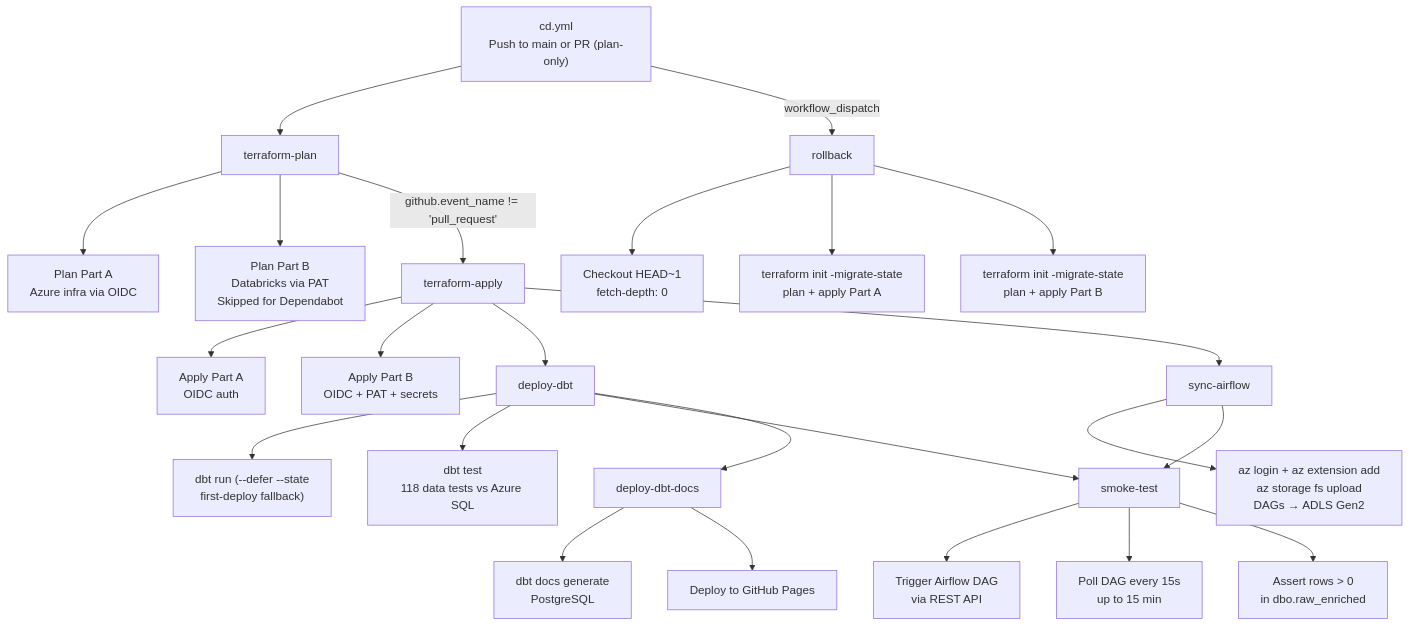
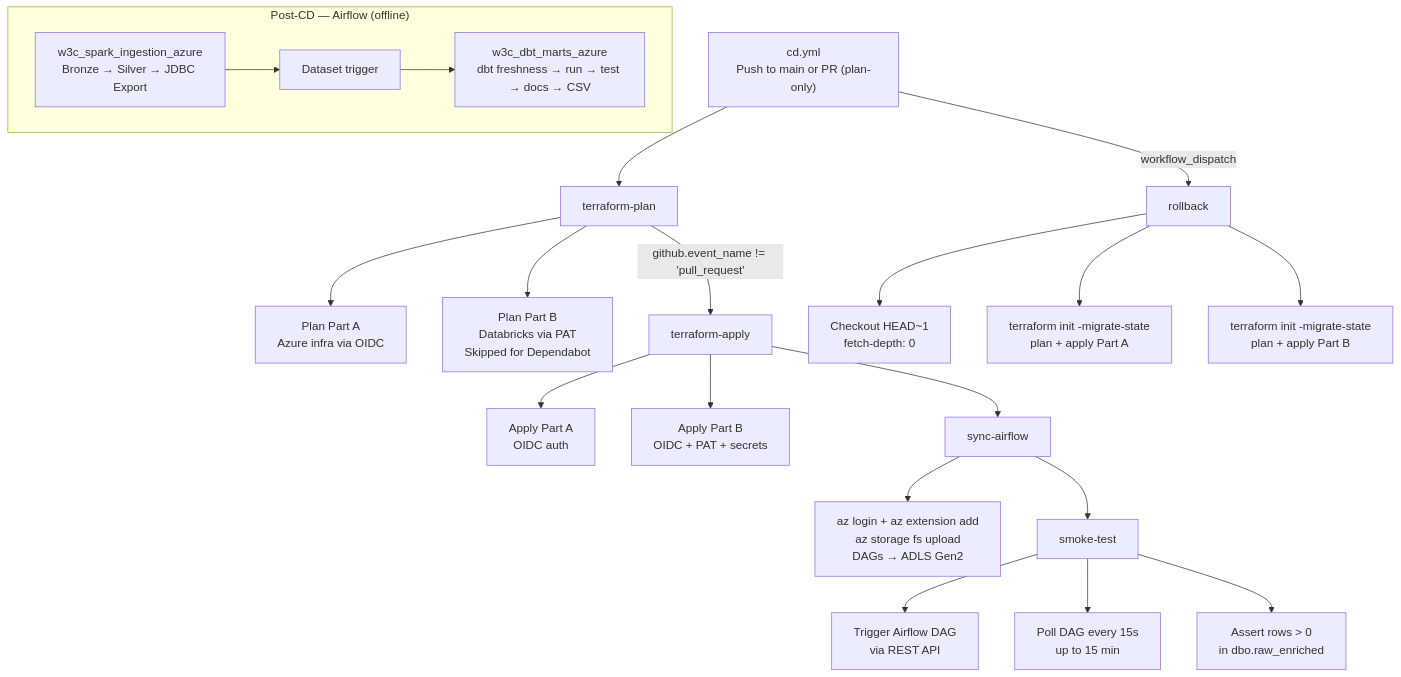
The second of 3 diagrams in plans/ci-cd-reference.md (AhmedIkram05/w3c-etl-pipeline), drawn with Mermaid before and after one commit. The commit also changed other lines of this file and 1 other file, not shown here.

Commit message:
Fix fact_webrequest incremental: add is_incremental() filter to prevent MERGE stall on re-run

````diff
--- a/plans/ci-cd-reference.md
+++ b/plans/ci-cd-reference.md
@@ -180,32 +180,32 @@
 ```mermaid
 flowchart TD
     cd["cd.yml<br/>Push to main or PR (plan-only)"]
     cd --> tplan["terraform-plan"]
     tplan --> pa["Plan Part A<br/>Azure infra via OIDC"]
     tplan --> pb["Plan Part B<br/>Databricks via PAT<br/>Skipped for Dependabot"]
 
     tplan -->|"github.event_name != 'pull_request'"| tapply["terraform-apply"]
     tapply --> aa["Apply Part A<br/>OIDC auth"]
     tapply --> ab["Apply Part B<br/>OIDC + PAT + secrets"]
 
-    tapply --> dbt["deploy-dbt"]
-    dbt --> dbt_run["dbt run (--defer --state<br/>first-deploy fallback)"]
-    dbt --> dbt_test["dbt test<br/>118 data tests vs Azure SQL"]
-
     tapply --> sync["sync-airflow"]
     sync --> adls["az login + az extension add<br/>az storage fs upload<br/>DAGs → ADLS Gen2"]
 
-    dbt & sync --> smoke["smoke-test"]
+    sync --> smoke["smoke-test"]
     smoke --> trigger["Trigger Airflow DAG<br/>via REST API"]
     smoke --> poll["Poll DAG every 15s<br/>up to 15 min"]
     smoke --> assert["Assert rows > 0<br/>in dbo.raw_enriched"]
-
-    dbt --> docs["deploy-dbt-docs"]
-    docs --> dg["dbt docs generate<br/>PostgreSQL"]
-    docs --> pages["Deploy to GitHub Pages"]
 
     cd -->|"workflow_dispatch"| rollback["rollback"]
     rollback --> co["Checkout HEAD~1<br/>fetch-depth: 0"]
     rollback --> rpa["terraform init -migrate-state<br/>plan + apply Part A"]
     rollback --> rpb["terraform init -migrate-state<br/>plan + apply Part B"]
+
+    subgraph airflow["Post-CD — Airflow (offline)"]
+        direction LR
+        ingestion["w3c_spark_ingestion_azure<br/>Bronze → Silver → JDBC Export"]
+        dataset["Dataset trigger"]
+        dbt["w3c_dbt_marts_azure<br/>dbt freshness → run → test → docs → CSV"]
+        ingestion --> dataset --> dbt
+    end
 ```
````
